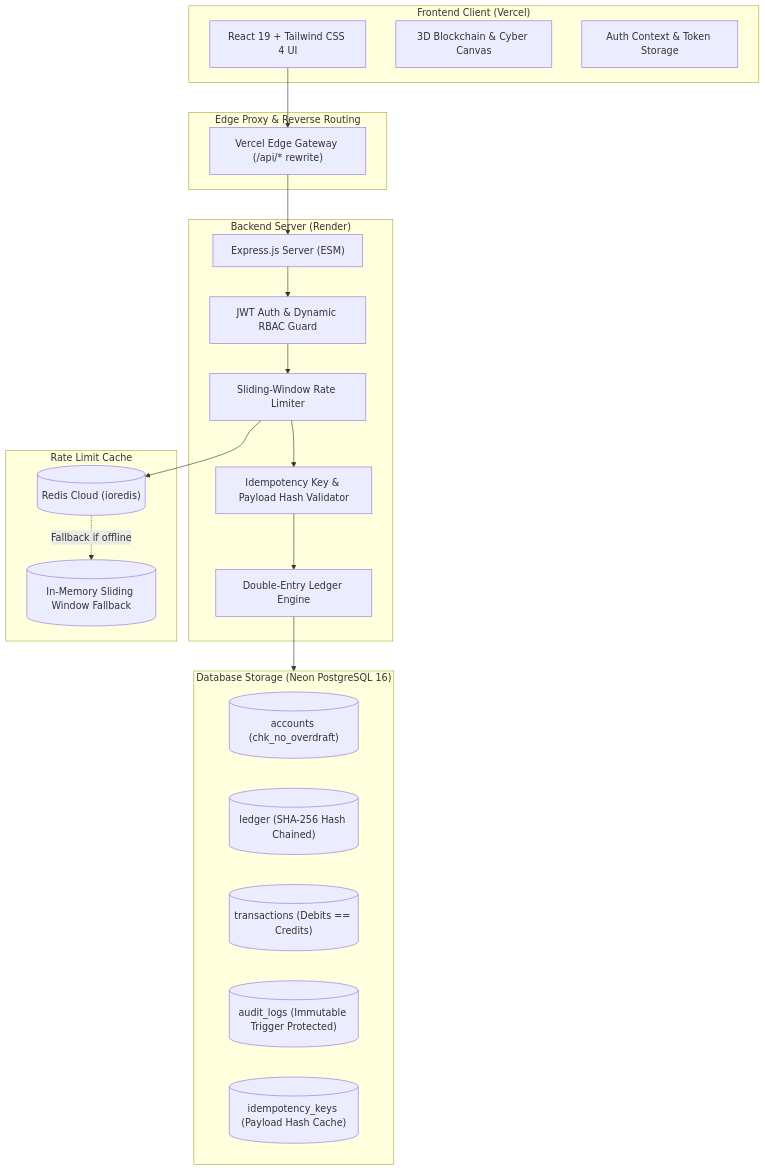
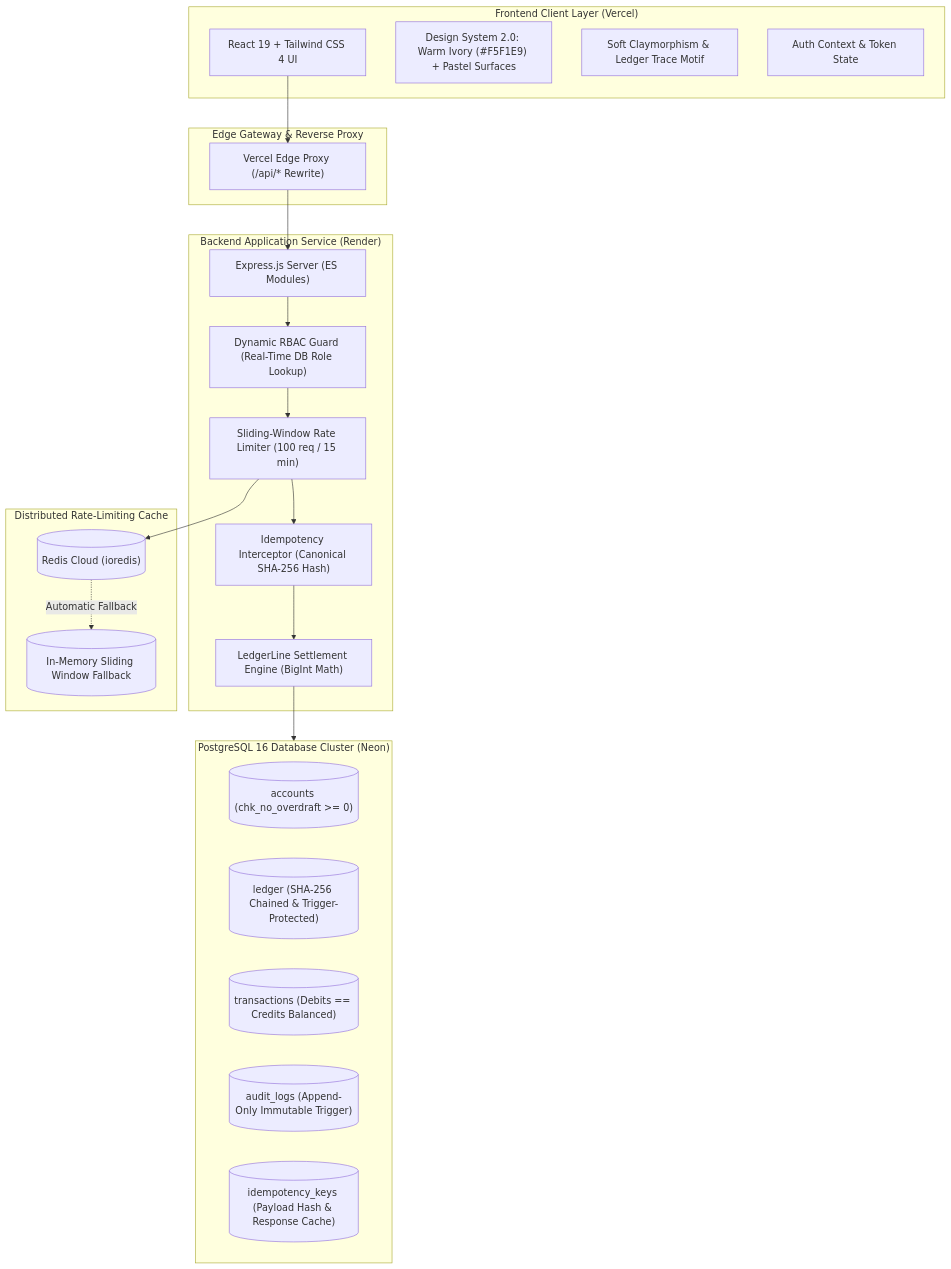
The first of 6 diagrams in README.md (rupasribakka/LedgerLine), drawn with Mermaid before and after one commit. The commit also changed other lines of this file, not shown here.

Commit message:
docs: update README with live deployments and visual architecture flows

````diff
--- a/README.md
+++ b/README.md
@@ -58,43 +63,44 @@
 ```mermaid
 flowchart TD
-    subgraph ClientLayer["Frontend Client (Vercel)"]
+    subgraph ClientExperience["Frontend Client Layer (Vercel)"]
         UI["React 19 + Tailwind CSS 4 UI"]
-        BG["3D Blockchain & Cyber Canvas"]
-        State["Auth Context & Token Storage"]
+        DesignSystem["Design System 2.0: Warm Ivory (#F5F1E9) + Pastel Surfaces"]
+        TactileEngine["Soft Claymorphism & Ledger Trace Motif"]
+        AuthContext["Auth Context & Token State"]
     end
 
-    subgraph Gateway["Edge Proxy & Reverse Routing"]
-        VercelProxy["Vercel Edge Gateway (/api/* rewrite)"]
+    subgraph EdgeRouting["Edge Gateway & Reverse Proxy"]
+        VercelGateway["Vercel Edge Proxy (/api/* Rewrite)"]
     end
 
-    subgraph BackendLayer["Backend Server (Render)"]
-        Express["Express.js Server (ESM)"]
-        AuthMiddleware["JWT Auth & Dynamic RBAC Guard"]
-        RateLimiter["Sliding-Window Rate Limiter"]
-        IdempMiddleware["Idempotency Key & Payload Hash Validator"]
-        LedgerEngine["Double-Entry Ledger Engine"]
+    subgraph ServerLayer["Backend Application Service (Render)"]
+        ExpressApp["Express.js Server (ES Modules)"]
+        RBACGuard["Dynamic RBAC Guard (Real-Time DB Role Lookup)"]
+        RateLimiter["Sliding-Window Rate Limiter (100 req / 15 min)"]
+        IdempInterceptor["Idempotency Interceptor (Canonical SHA-256 Hash)"]
+        LedgerCore["LedgerLine Settlement Engine (BigInt Math)"]
     end
 
-    subgraph CacheLayer["Rate Limit Cache"]
-        Redis[("Redis Cloud (ioredis)")]
+    subgraph CacheCluster["Distributed Rate-Limiting Cache"]
+        RedisNode[("Redis Cloud (ioredis)")]
         MemFallback[("In-Memory Sliding Window Fallback")]
     end
 
-    subgraph DataLayer["Database Storage (Neon PostgreSQL 16)"]
-        AccountsTable[("accounts (chk_no_overdraft)")]
-        LedgerTable[("ledger (SHA-256 Hash Chained)")]
-        TxnsTable[("transactions (Debits == Credits)")]
-        AuditTable[("audit_logs (Immutable Trigger Protected)")]
-        IdempTable[("idempotency_keys (Payload Hash Cache)")]
+    subgraph StorageLayer["PostgreSQL 16 Database Cluster (Neon)"]
+        AccTable[("accounts (chk_no_overdraft >= 0)")]
+        LedgerTable[("ledger (SHA-256 Chained & Trigger-Protected)")]
+        TxnsTable[("transactions (Debits == Credits Balanced)")]
+        AuditTable[("audit_logs (Append-Only Immutable Trigger)")]
+        IdempTable[("idempotency_keys (Payload Hash & Response Cache)")]
     end
 
-    UI --> VercelProxy
-    VercelProxy --> Express
-    Express --> AuthMiddleware
-    AuthMiddleware --> RateLimiter
-    RateLimiter --> Redis
-    Redis -.->|Fallback if offline| MemFallback
-    RateLimiter --> IdempMiddleware
-    IdempMiddleware --> LedgerEngine
-    LedgerEngine --> DataLayer
+    UI --> VercelGateway
+    VercelGateway --> ExpressApp
+    ExpressApp --> RBACGuard
+    RBACGuard --> RateLimiter
+    RateLimiter --> RedisNode
+    RedisNode -.->|Automatic Fallback| MemFallback
+    RateLimiter --> IdempInterceptor
+    IdempInterceptor --> LedgerCore
+    LedgerCore --> StorageLayer
 ```
````
